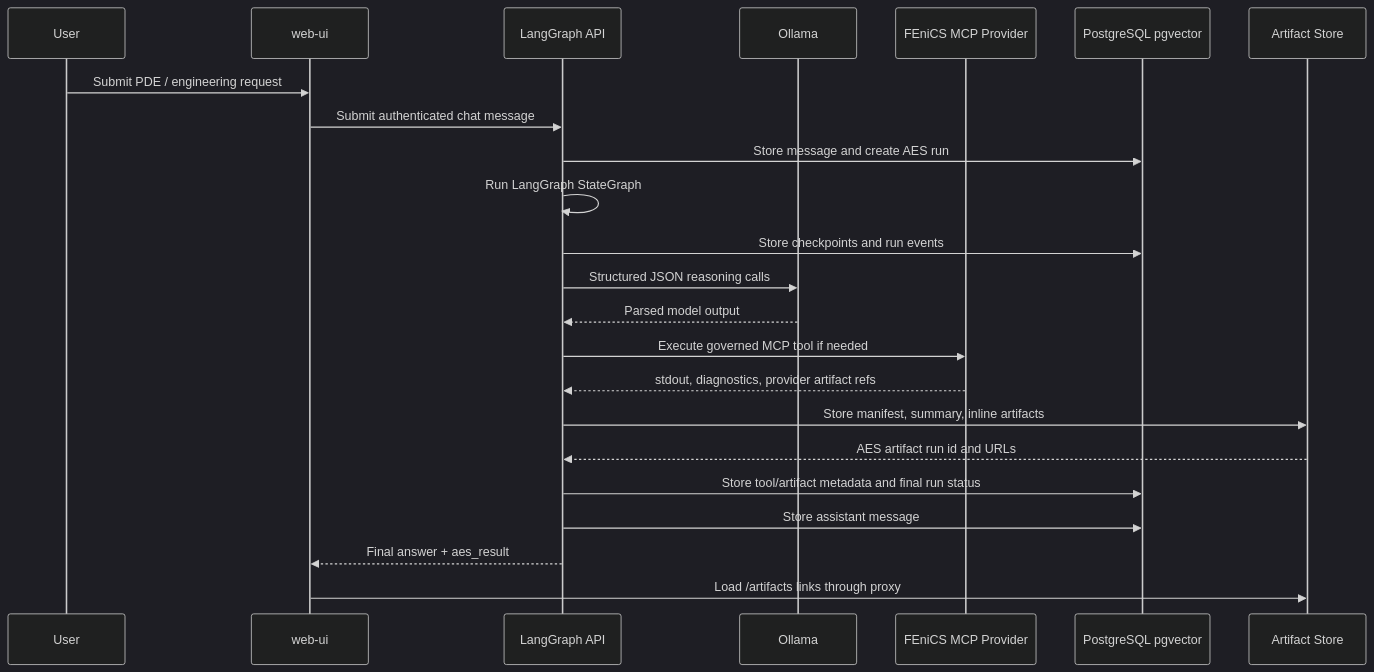
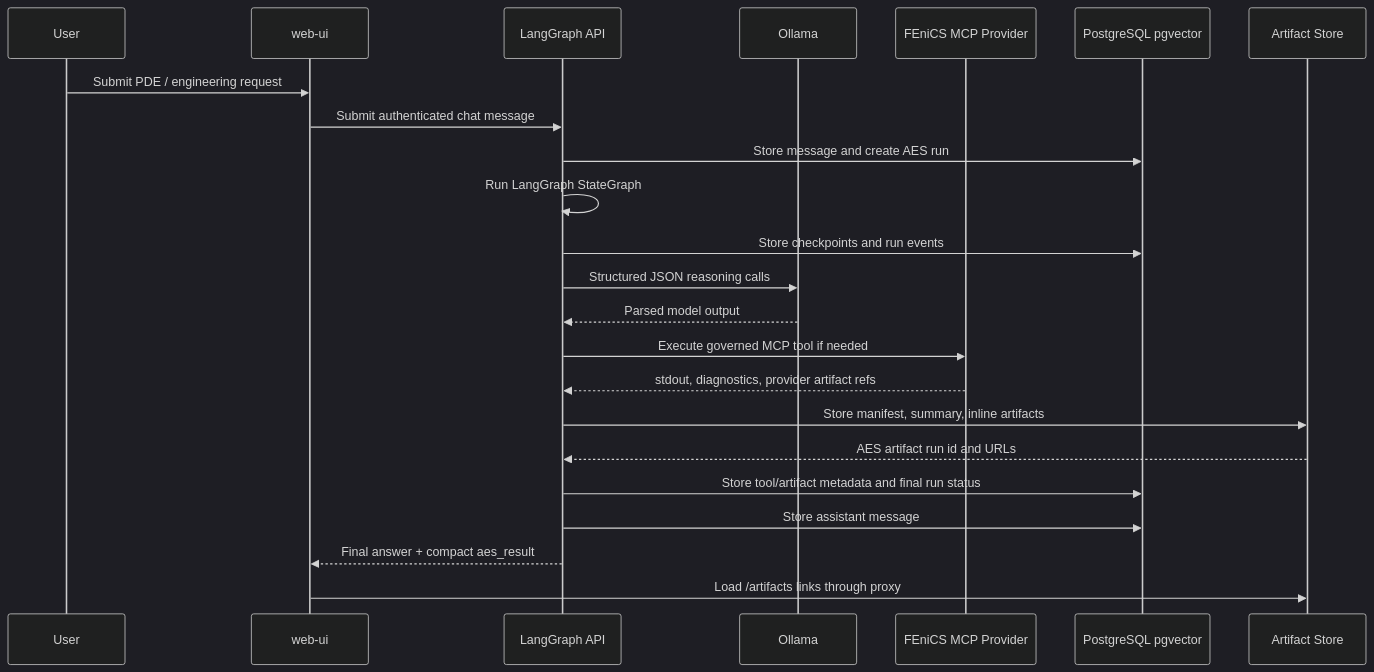
One commit to RadmirG/AES changed the fourth of 10 diagrams in docs/architecture.md. Above: the diagram before and after it, drawn with Mermaid (dark theme). The commit also changed other lines of this file and 7 other files, not shown here.

Commit message:
A bounded public aes_result projection

````diff
--- a/docs/architecture.md
+++ b/docs/architecture.md
@@ -103,26 +103,26 @@
 ```mermaid
 sequenceDiagram
     participant User
     participant UI as web-ui
     participant LG as LangGraph API
     participant O as Ollama
     participant MCP as FEniCS MCP Provider
     participant DB as PostgreSQL pgvector
     participant Store as Artifact Store
 
     User->>UI: Submit PDE / engineering request
     UI->>LG: Submit authenticated chat message
     LG->>DB: Store message and create AES run
     LG->>LG: Run LangGraph StateGraph
     LG->>DB: Store checkpoints and run events
     LG->>O: Structured JSON reasoning calls
     O-->>LG: Parsed model output
     LG->>MCP: Execute governed MCP tool if needed
     MCP-->>LG: stdout, diagnostics, provider artifact refs
     LG->>Store: Store manifest, summary, inline artifacts
     Store-->>LG: AES artifact run id and URLs
     LG->>DB: Store tool/artifact metadata and final run status
     LG->>DB: Store assistant message
-    LG-->>UI: Final answer + aes_result
+    LG-->>UI: Final answer + compact aes_result
     UI->>Store: Load /artifacts links through proxy
 ```
````
